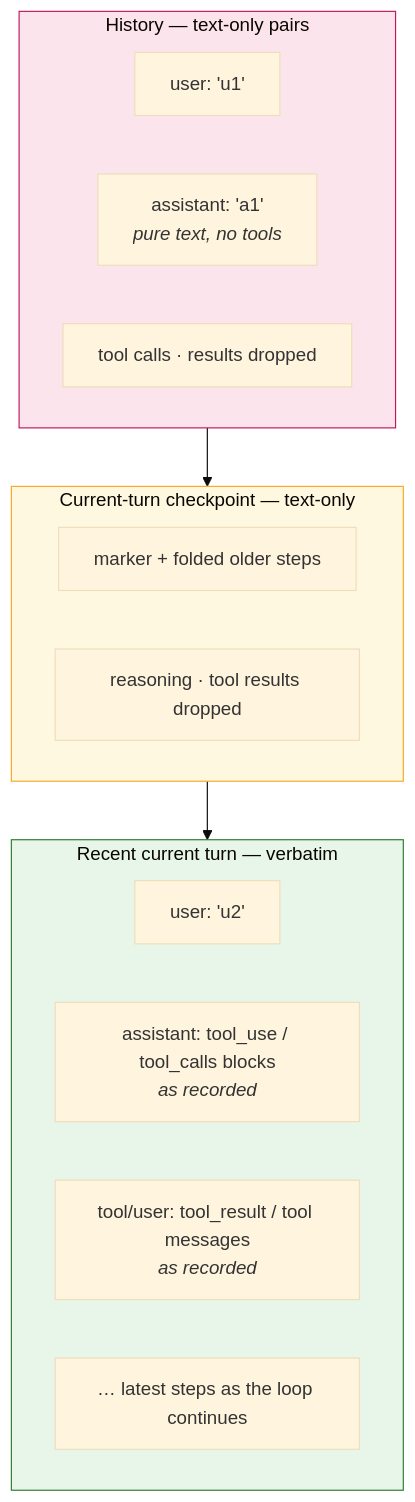
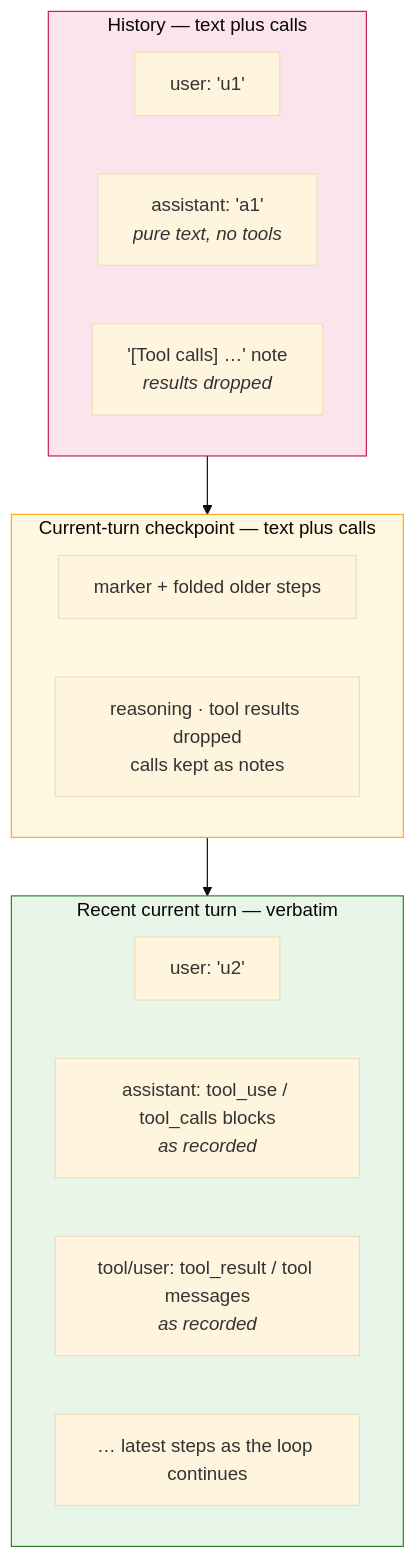
The second of 3 diagrams in docs/architecture/context.md (kingye/jyc), drawn with Mermaid (base theme) before and after one commit. The commit also changed other lines of this file and 13 other files, not shown here.

````diff
--- a/docs/architecture/context.md
+++ b/docs/architecture/context.md
@@ -248,22 +258,22 @@
 ```mermaid
 flowchart TB
-    subgraph R1["History — text-only pairs"]
+    subgraph R1["History — text plus calls"]
         R1U["user: 'u1'"]
         R1A["assistant: 'a1'<br/><i>pure text, no tools</i>"]
-        R1N["tool calls · results dropped"]
+        R1N["'[Tool calls] …' note<br/><i>results dropped</i>"]
     end
-    subgraph R3["Current-turn checkpoint — text-only"]
+    subgraph R3["Current-turn checkpoint — text plus calls"]
         R3M["marker + folded older steps"]
-        R3N["reasoning · tool results dropped"]
+        R3N["reasoning · tool results dropped<br/>calls kept as notes"]
     end
     subgraph R2["Recent current turn — verbatim"]
         R2U["user: 'u2'"]
         R2ATU["assistant: tool_use / tool_calls blocks<br/><i>as recorded</i>"]
         R2TR["tool/user: tool_result / tool messages<br/><i>as recorded</i>"]
         R2MORE["… latest steps as the loop continues"]
     end
     R1 --> R3 --> R2
     style R1 fill:#fce4ec,stroke:#c2185b
     style R3 fill:#fff8e1,stroke:#f9a825
     style R2 fill:#e8f5e9,stroke:#2e7d32
 ```
````
